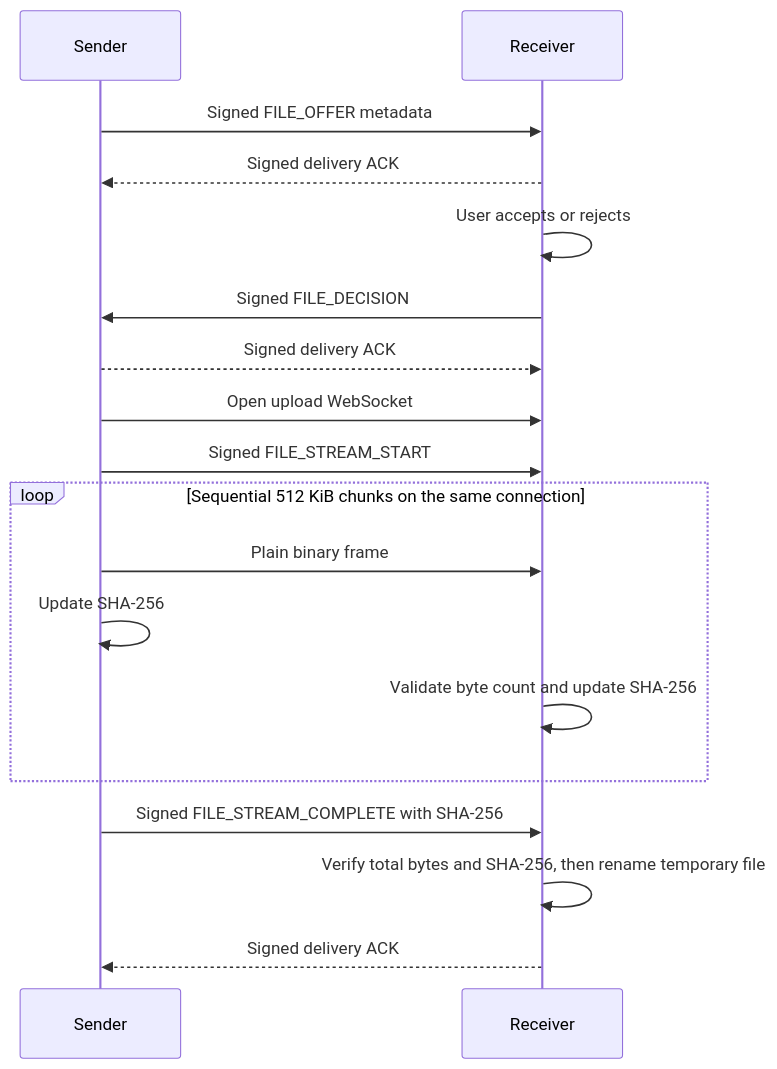
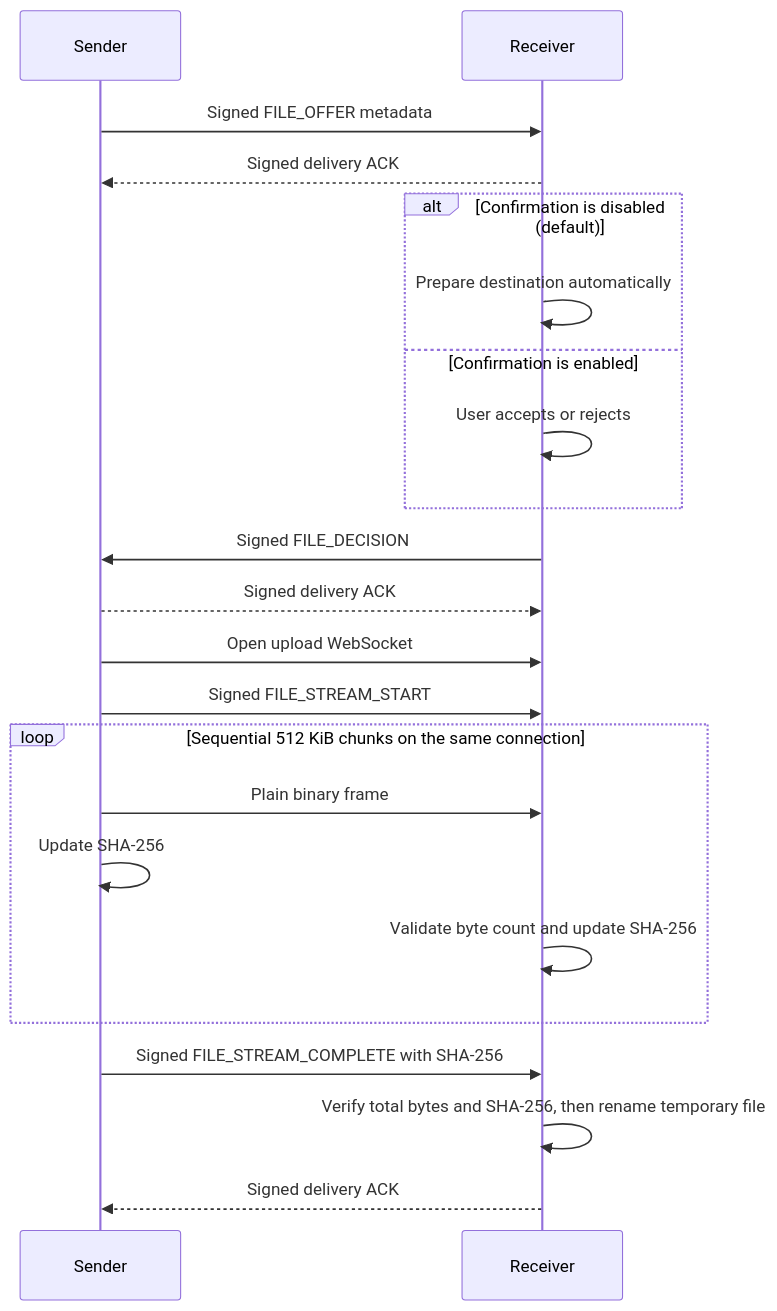
The diagram in docs/spec/file-transfer-v1.md (x2ink/subnetdrop), drawn with Mermaid before and after one commit. The commit also changed other lines of this file and 45 other files, not shown here.

````diff
--- a/docs/spec/file-transfer-v1.md
+++ b/docs/spec/file-transfer-v1.md
@@ -39,20 +51,24 @@
 ```mermaid
 sequenceDiagram
     participant S as Sender
     participant R as Receiver
     S->>R: Signed FILE_OFFER metadata
     R-->>S: Signed delivery ACK
-    R->>R: User accepts or rejects
+    alt Confirmation is disabled (default)
+        R->>R: Prepare destination automatically
+    else Confirmation is enabled
+        R->>R: User accepts or rejects
+    end
     R->>S: Signed FILE_DECISION
     S-->>R: Signed delivery ACK
     S->>R: Open upload WebSocket
     S->>R: Signed FILE_STREAM_START
     loop Sequential 512 KiB chunks on the same connection
         S->>R: Plain binary frame
         S->>S: Update SHA-256
         R->>R: Validate byte count and update SHA-256
     end
     S->>R: Signed FILE_STREAM_COMPLETE with SHA-256
     R->>R: Verify total bytes and SHA-256, then rename temporary file
     R-->>S: Signed delivery ACK
 ```
````
